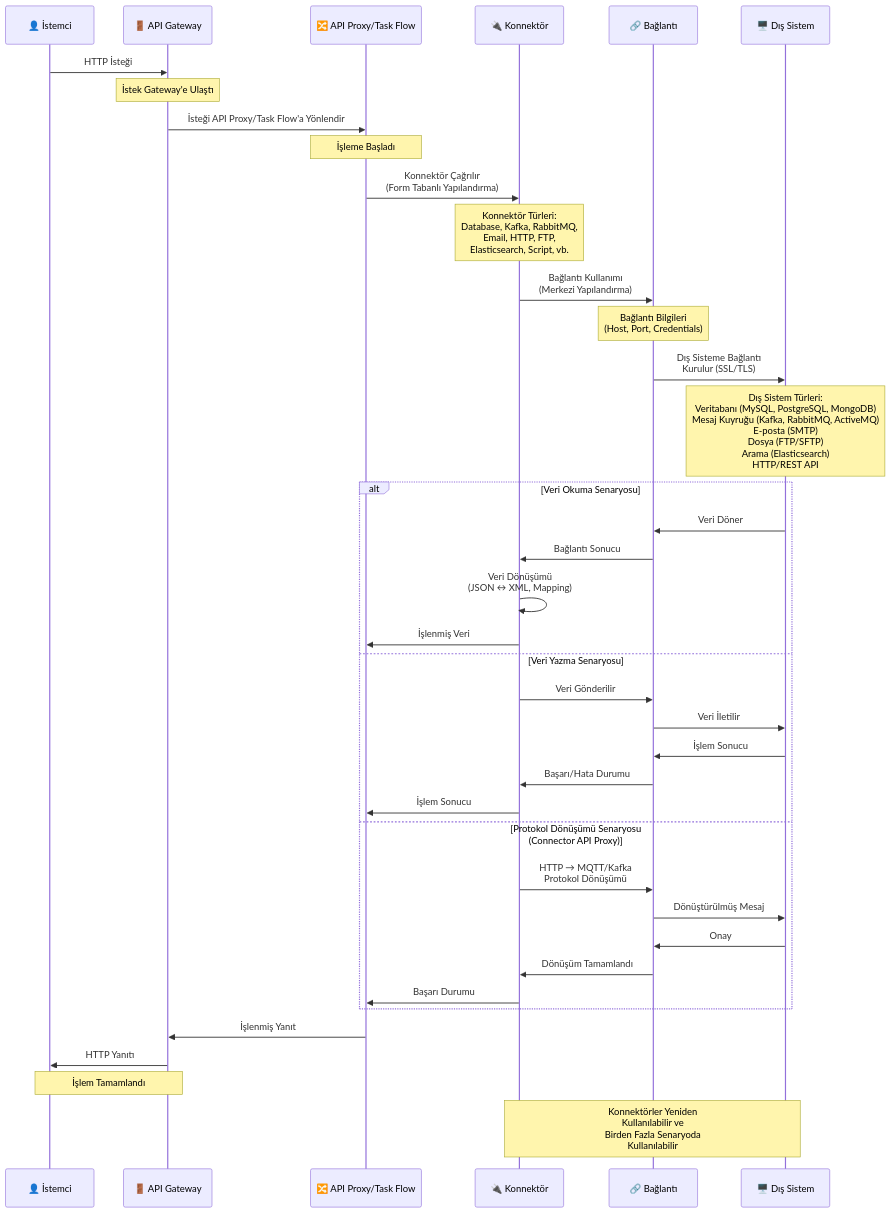
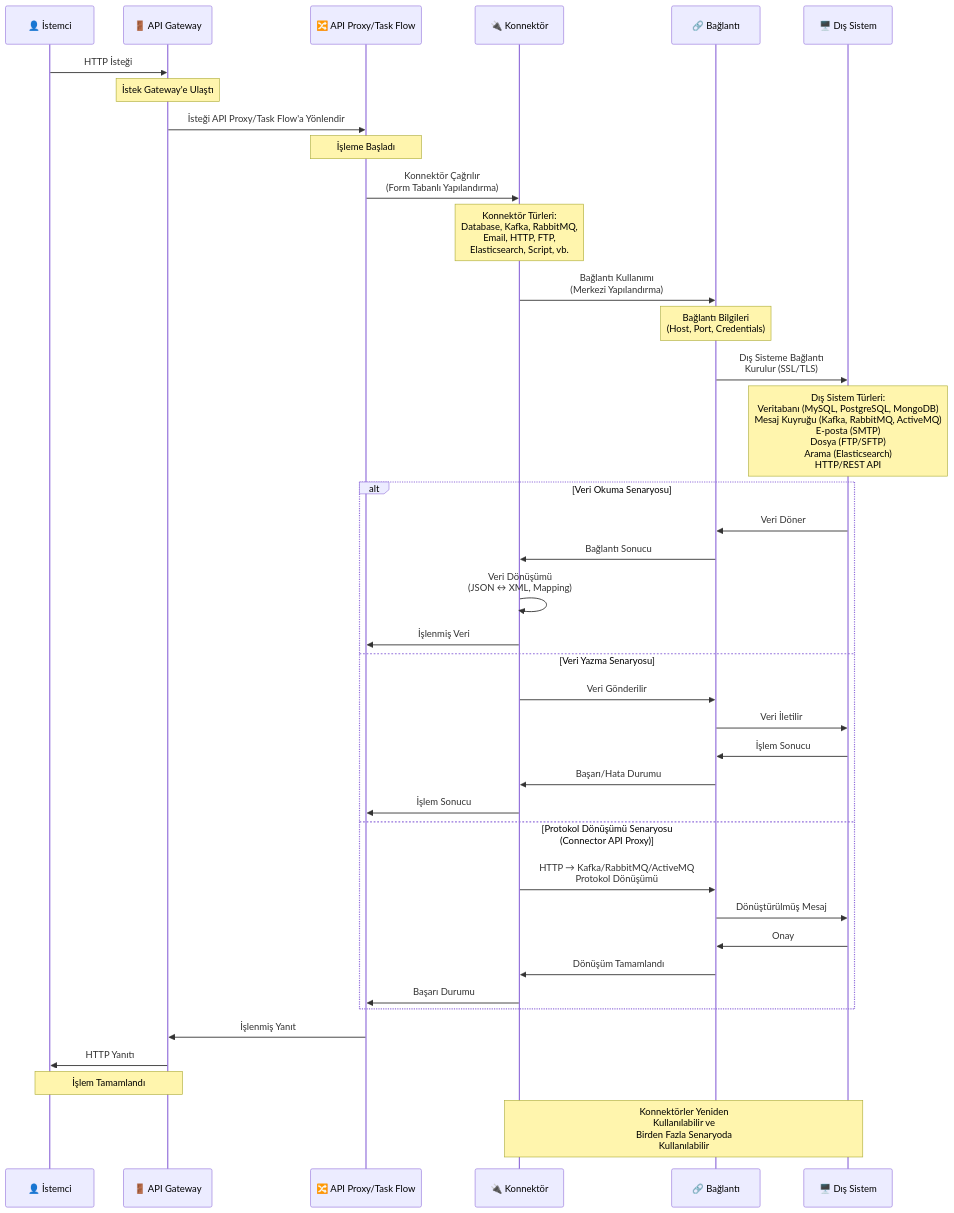
One commit to apinizer/docs changed the diagram in tr/concepts/temel-kavramlar/konnektor.mdx. Above: the diagram before and after it, drawn with Mermaid. The commit also changed other lines of this file and 13 other files, not shown here.

````diff
--- a/tr/concepts/temel-kavramlar/konnektor.mdx
+++ b/tr/concepts/temel-kavramlar/konnektor.mdx
@@ -30,56 +30,56 @@
 ```mermaid
 sequenceDiagram
     participant Client as 👤 İstemci
     participant Gateway as 🚪 API Gateway
     participant Proxy as 🔀 API Proxy/Task Flow
     participant Connector as 🔌 Konnektör
     participant Connection as 🔗 Bağlantı
     participant ExternalSystem as 🖥️ Dış Sistem
     
     Client->>Gateway: HTTP İsteği
     
     Note over Gateway: İstek Gateway'e Ulaştı
     
     Gateway->>Proxy: İsteği API Proxy/Task Flow'a Yönlendir
     
     Note over Proxy: İşleme Başladı
     
     Proxy->>Connector: Konnektör Çağrılır<br/>(Form Tabanlı Yapılandırma)
     
     Note over Connector: Konnektör Türleri:<br/>Database, Kafka, RabbitMQ,<br/>Email, HTTP, FTP,<br/>Elasticsearch, Script, vb.
     
     Connector->>Connection: Bağlantı Kullanımı<br/>(Merkezi Yapılandırma)
     
     Note over Connection: Bağlantı Bilgileri<br/>(Host, Port, Credentials)
     
     Connection->>ExternalSystem: Dış Sisteme Bağlantı<br/>Kurulur (SSL/TLS)
     
     Note over ExternalSystem: Dış Sistem Türleri:<br/>Veritabanı (MySQL, PostgreSQL, MongoDB)<br/>Mesaj Kuyruğu (Kafka, RabbitMQ, ActiveMQ)<br/>E-posta (SMTP)<br/>Dosya (FTP/SFTP)<br/>Arama (Elasticsearch)<br/>HTTP/REST API
     
     alt Veri Okuma Senaryosu
         ExternalSystem->>Connection: Veri Döner
         Connection->>Connector: Bağlantı Sonucu
         Connector->>Connector: Veri Dönüşümü<br/>(JSON ↔ XML, Mapping)
         Connector->>Proxy: İşlenmiş Veri
     else Veri Yazma Senaryosu
         Connector->>Connection: Veri Gönderilir
         Connection->>ExternalSystem: Veri İletilir
         ExternalSystem->>Connection: İşlem Sonucu
         Connection->>Connector: Başarı/Hata Durumu
         Connector->>Proxy: İşlem Sonucu
     else Protokol Dönüşümü Senaryosu<br/>(Connector API Proxy)
-        Connector->>Connection: HTTP → MQTT/Kafka<br/>Protokol Dönüşümü
+        Connector->>Connection: HTTP → Kafka/RabbitMQ/ActiveMQ<br/>Protokol Dönüşümü
         Connection->>ExternalSystem: Dönüştürülmüş Mesaj
         ExternalSystem->>Connection: Onay
         Connection->>Connector: Dönüşüm Tamamlandı
         Connector->>Proxy: Başarı Durumu
     end
     
     Proxy->>Gateway: İşlenmiş Yanıt
     
     Gateway->>Client: HTTP Yanıtı
     
     Note over Client,Gateway: İşlem Tamamlandı
     
     Note over Connector,ExternalSystem: Konnektörler Yeniden<br/>Kullanılabilir ve<br/>Birden Fazla Senaryoda<br/>Kullanılabilir
 ```
````
